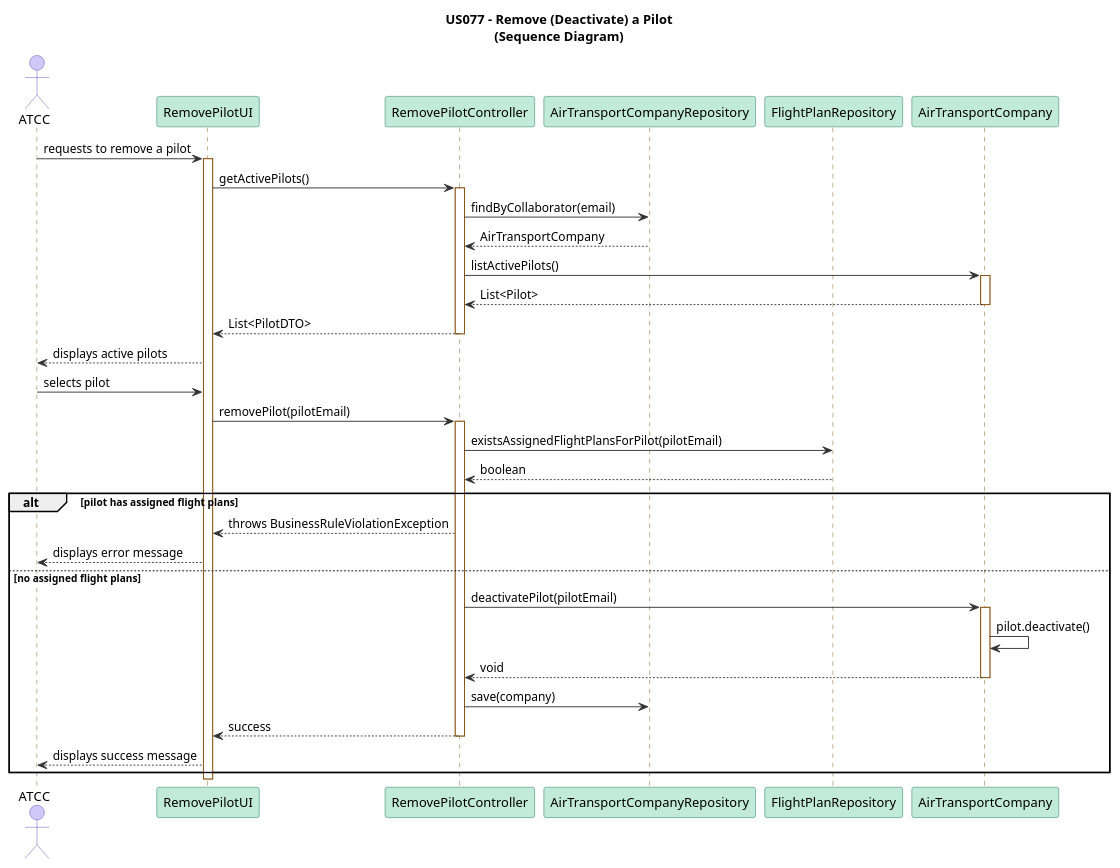
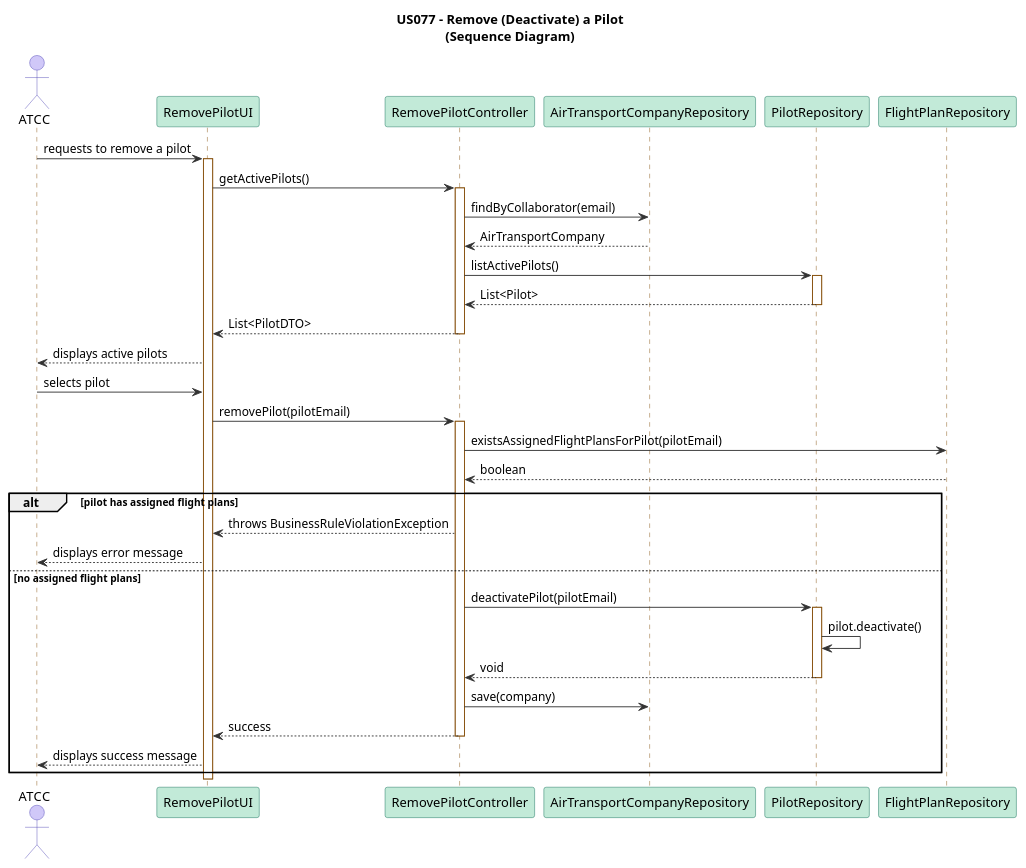
The diagram in docs/Sprint 3/EAPLI/US077/puml/US077-sequence-diagram.puml (DuartePinto1240/sem4pi2526-sem4pi2526_2da2), drawn with PlantUML before and after one commit. The commit also changed 10 other files, not shown here.

```diff
--- a/docs/Sprint 3/EAPLI/US077/puml/US077-sequence-diagram.puml
+++ b/docs/Sprint 3/EAPLI/US077/puml/US077-sequence-diagram.puml
@@ -1,66 +1,66 @@
 @startuml SD_US077
 title US077 – Remove (Deactivate) a Pilot\n(Sequence Diagram)
 
 skinparam sequence {
     ActorBorderColor #534AB7
     ActorBackgroundColor #D0C8F8
     ParticipantBorderColor #0F6E56
     ParticipantBackgroundColor #C2EAD8
     LifeLineBorderColor #854F0B
     NoteBackgroundColor #FAE8C0
     NoteBorderColor #854F0B
     ArrowColor #333333
 }
 
 actor "ATCC" as ATCC
 participant "RemovePilotUI" as UI
 participant "RemovePilotController" as CTRL
-participant "AirTransportCompanyRepository" as CREPO
+participant "AirTransportCompanyRepository" as ATCREPO
+participant "PilotRepository" as PLREPO
 participant "FlightPlanRepository" as FPREPO
-participant "AirTransportCompany" as COMPANY
 
 ATCC -> UI : requests to remove a pilot
 activate UI
 
 UI -> CTRL : getActivePilots()
 activate CTRL
-CTRL -> CREPO : findByCollaborator(email)
-CREPO --> CTRL : AirTransportCompany
-CTRL -> COMPANY : listActivePilots()
-activate COMPANY
-COMPANY --> CTRL : List<Pilot>
-deactivate COMPANY
+CTRL -> ATCREPO : findByCollaborator(email)
+ATCREPO --> CTRL : AirTransportCompany
+CTRL -> PLREPO : listActivePilots()
+activate PLREPO
+PLREPO --> CTRL : List<Pilot>
+deactivate PLREPO
 CTRL --> UI : List<PilotDTO>
 deactivate CTRL
 
 UI --> ATCC : displays active pilots
 
 ATCC -> UI : selects pilot
 
 UI -> CTRL : removePilot(pilotEmail)
 activate CTRL
 
 CTRL -> FPREPO : existsAssignedFlightPlansForPilot(pilotEmail)
 FPREPO --> CTRL : boolean
 
 alt pilot has assigned flight plans
     CTRL --> UI : throws BusinessRuleViolationException
     UI --> ATCC : displays error message
 else no assigned flight plans
-    CTRL -> COMPANY : deactivatePilot(pilotEmail)
-    activate COMPANY
-    COMPANY -> COMPANY : pilot.deactivate()
-    COMPANY --> CTRL : void
-    deactivate COMPANY
+    CTRL -> PLREPO : deactivatePilot(pilotEmail)
+    activate PLREPO
+    PLREPO -> PLREPO : pilot.deactivate()
+    PLREPO --> CTRL : void
+    deactivate PLREPO
 
-    CTRL -> CREPO : save(company)
+    CTRL -> ATCREPO : save(company)
 
     CTRL --> UI : success
     deactivate CTRL
 
     UI --> ATCC : displays success message
 end
 
 deactivate UI
 
 @enduml
```
